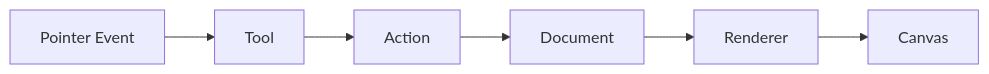
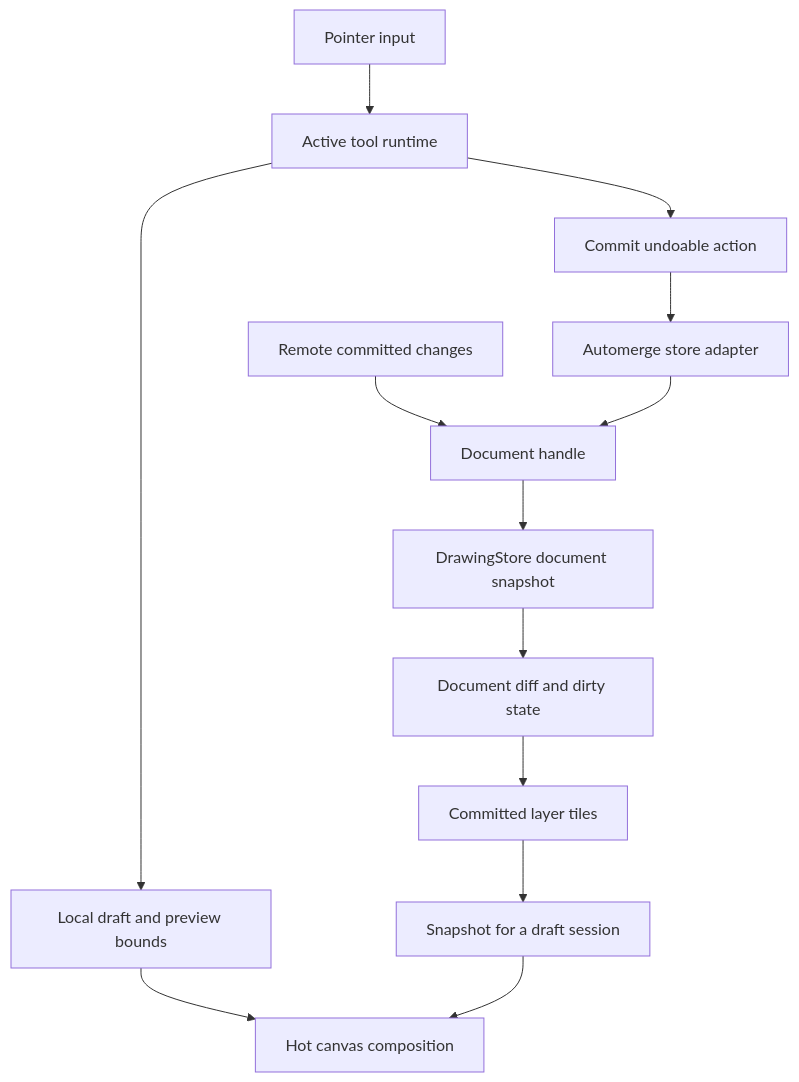
One commit to irskep/smalldraw changed the diagram in docs/explanation/architecture-overview.md. Above: the diagram before and after it, drawn with Mermaid. The commit also changed other lines of this file and 53 other files, not shown here.

Commit message:
Rewrite internal architecture and rendering documentation

````diff
--- a/docs/explanation/architecture-overview.md
+++ b/docs/explanation/architecture-overview.md
@@ -43,8 +21,15 @@
 ```mermaid
-flowchart LR
-    A[Pointer Event] --> B[Tool]
-    B --> C[Action]
-    C --> D[Document]
-    D --> E[Renderer]
-    E --> F[Canvas]
+flowchart TD
+    Pointer[Pointer input] --> Tool[Active tool runtime]
+    Tool --> Draft[Local draft and preview bounds]
+    Draft --> Hot[Hot canvas composition]
+    Tool --> Action[Commit undoable action]
+    Action --> Adapter[Automerge store adapter]
+    Remote[Remote committed changes] --> Handle[Document handle]
+    Adapter --> Handle
+    Handle --> Store[DrawingStore document snapshot]
+    Store --> Dirty[Document diff and dirty state]
+    Dirty --> Tiles[Committed layer tiles]
+    Tiles --> Capture[Snapshot for a draft session]
+    Capture --> Hot
 ```
````
